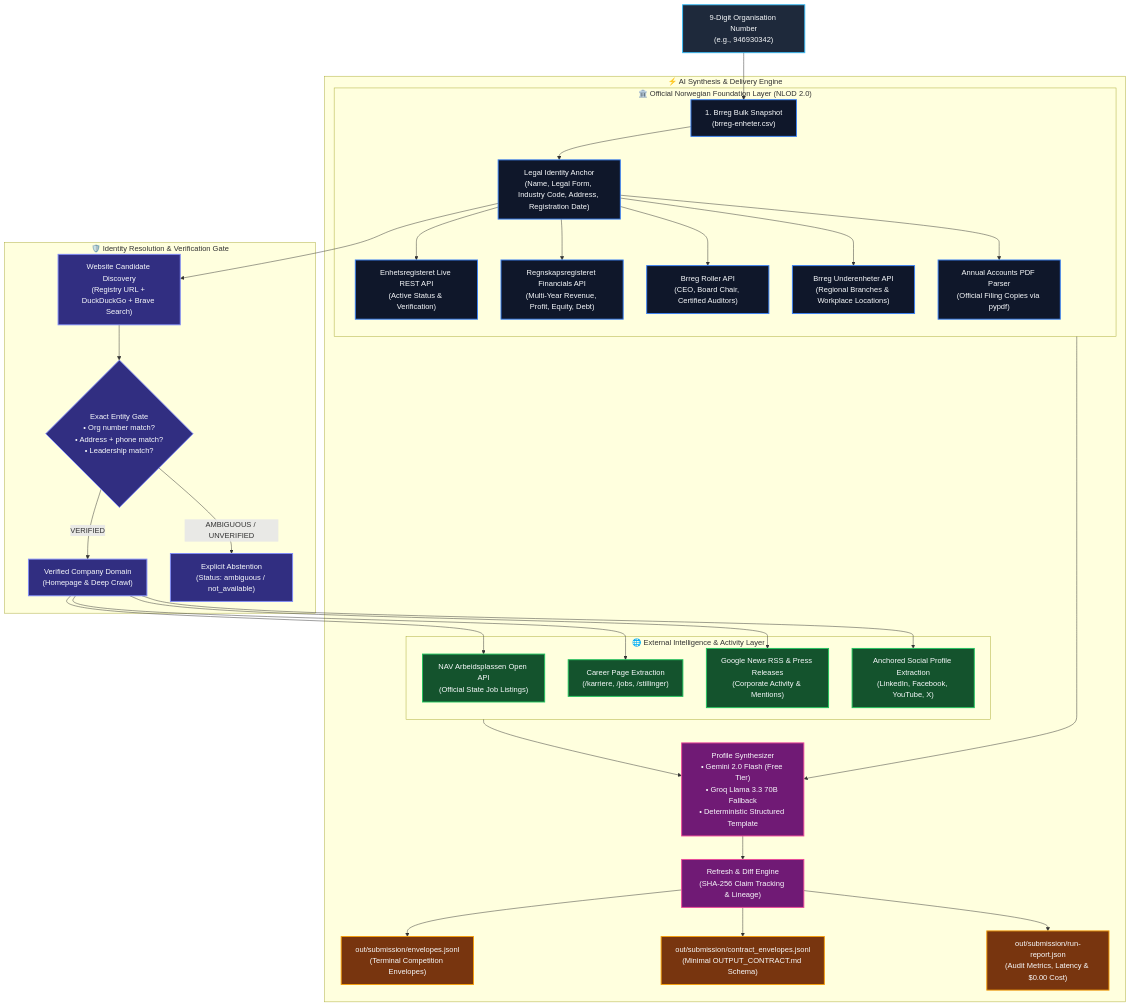
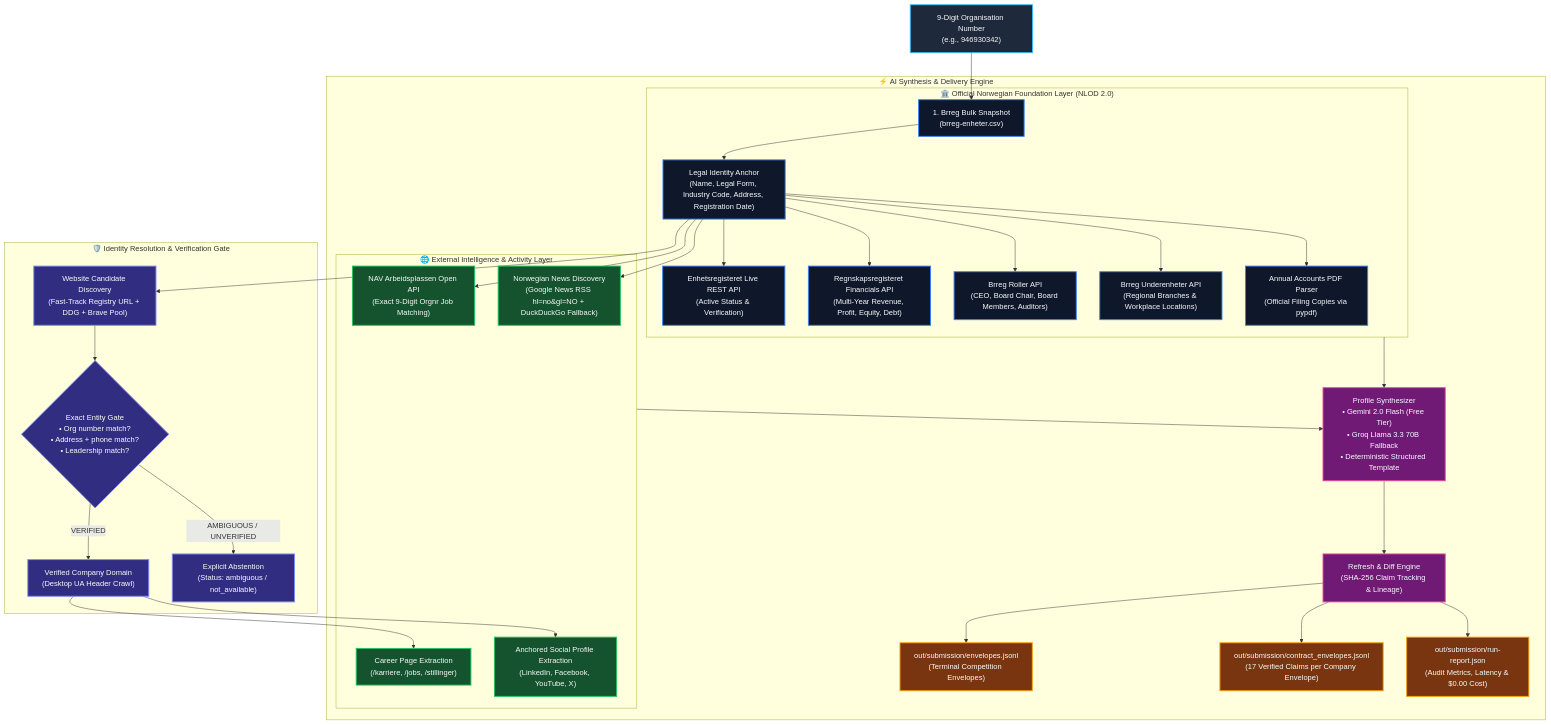
One commit to livingmangal/signalpost-agent changed the first of 2 diagrams in README.md. Above: the diagram before and after it, drawn with Mermaid. The commit also changed other lines of this file and 10 other files, not shown here.

Commit message:
feat: upgrade recall with 17 verified contract claims, NAV orgnr matching, and Norwegian news discovery

````diff
--- a/README.md
+++ b/README.md
@@ -45,42 +49,42 @@
 ```mermaid
 flowchart TD
     classDef input fill:#1E293B,stroke:#38BDF8,stroke-width:2px,color:#F8FAFC;
     classDef official fill:#0F172A,stroke:#3B82F6,stroke-width:2px,color:#F8FAFC;
     classDef gate fill:#312E81,stroke:#818CF8,stroke-width:2px,color:#F8FAFC;
     classDef external fill:#14532D,stroke:#22C55E,stroke-width:2px,color:#F8FAFC;
     classDef ai fill:#701A75,stroke:#EC4899,stroke-width:2px,color:#F8FAFC;
     classDef output fill:#78350F,stroke:#F59E0B,stroke-width:2px,color:#F8FAFC;
 
     Org["9-Digit Organisation Number<br/>(e.g., 946930342)"]:::input --> Bulk["1. Brreg Bulk Snapshot<br/>(brreg-enheter.csv)"]:::official
 
     subgraph OfficialFoundation ["🏛️ Official Norwegian Foundation Layer (NLOD 2.0)"]
         Bulk --> Anchor["Legal Identity Anchor<br/>(Name, Legal Form, Industry Code, Address, Registration Date)"]:::official
         Anchor --> LiveAPI["Enhetsregisteret Live REST API<br/>(Active Status & Verification)"]:::official
         Anchor --> Regnskap["Regnskapsregisteret Financials API<br/>(Multi-Year Revenue, Profit, Equity, Debt)"]:::official
-        Anchor --> Roller["Brreg Roller API<br/>(CEO, Board Chair, Certified Auditors)"]:::official
+        Anchor --> Roller["Brreg Roller API<br/>(CEO, Board Chair, Board Members, Auditors)"]:::official
         Anchor --> Subunits["Brreg Underenheter API<br/>(Regional Branches & Workplace Locations)"]:::official
         Anchor --> PDF["Annual Accounts PDF Parser<br/>(Official Filing Copies via pypdf)"]:::official
     end
 
     subgraph IdentityResolution ["🛡️ Identity Resolution & Verification Gate"]
-        Anchor --> WebCand["Website Candidate Discovery<br/>(Registry URL + DuckDuckGo + Brave Search)"]:::gate
+        Anchor --> WebCand["Website Candidate Discovery<br/>(Fast-Track Registry URL + DDG + Brave Pool)"]:::gate
         WebCand --> GateCheck{"Exact Entity Gate<br/>• Org number match?<br/>• Address + phone match?<br/>• Leadership match?"}:::gate
-        GateCheck -- "VERIFIED" --> CrawledSite["Verified Company Domain<br/>(Homepage & Deep Crawl)"]:::gate
+        GateCheck -- "VERIFIED" --> CrawledSite["Verified Company Domain<br/>(Desktop UA Header Crawl)"]:::gate
         GateCheck -- "AMBIGUOUS / UNVERIFIED" --> Abstain["Explicit Abstention<br/>(Status: ambiguous / not_available)"]:::gate
     end
 
     subgraph ExternalFootprint ["🌐 External Intelligence & Activity Layer"]
-        CrawledSite --> NavJobs["NAV Arbeidsplassen Open API<br/>(Official State Job Listings)"]:::external
+        Anchor --> NavJobs["NAV Arbeidsplassen Open API<br/>(Exact 9-Digit Orgnr Job Matching)"]:::external
         CrawledSite --> CareerJobs["Career Page Extraction<br/>(/karriere, /jobs, /stillinger)"]:::external
-        CrawledSite --> NewsRSS["Google News RSS & Press Releases<br/>(Corporate Activity & Mentions)"]:::external
+        Anchor --> NewsRSS["Norwegian News Discovery<br/>(Google News RSS hl=no&gl=NO + DuckDuckGo Fallback)"]:::external
         CrawledSite --> Socials["Anchored Social Profile Extraction<br/>(LinkedIn, Facebook, YouTube, X)"]:::external
     end
 
     subgraph SynthesisAndDelivery ["⚡ AI Synthesis & Delivery Engine"]
         OfficialFoundation & ExternalFootprint --> Summarizer["Profile Synthesizer<br/>• Gemini 2.0 Flash (Free Tier)<br/>• Groq Llama 3.3 70B Fallback<br/>• Deterministic Structured Template"]:::ai
         Summarizer --> DiffEngine["Refresh & Diff Engine<br/>(SHA-256 Claim Tracking & Lineage)"]:::ai
         DiffEngine --> BatchEnv["out/submission/envelopes.jsonl<br/>(Terminal Competition Envelopes)"]:::output
-        DiffEngine --> ContractEnv["out/submission/contract_envelopes.jsonl<br/>(Minimal OUTPUT_CONTRACT.md Schema)"]:::output
+        DiffEngine --> ContractEnv["out/submission/contract_envelopes.jsonl<br/>(17 Verified Claims per Company Envelope)"]:::output
         DiffEngine --> Report["out/submission/run-report.json<br/>(Audit Metrics, Latency & $0.00 Cost)"]:::output
     end
 ```
````
